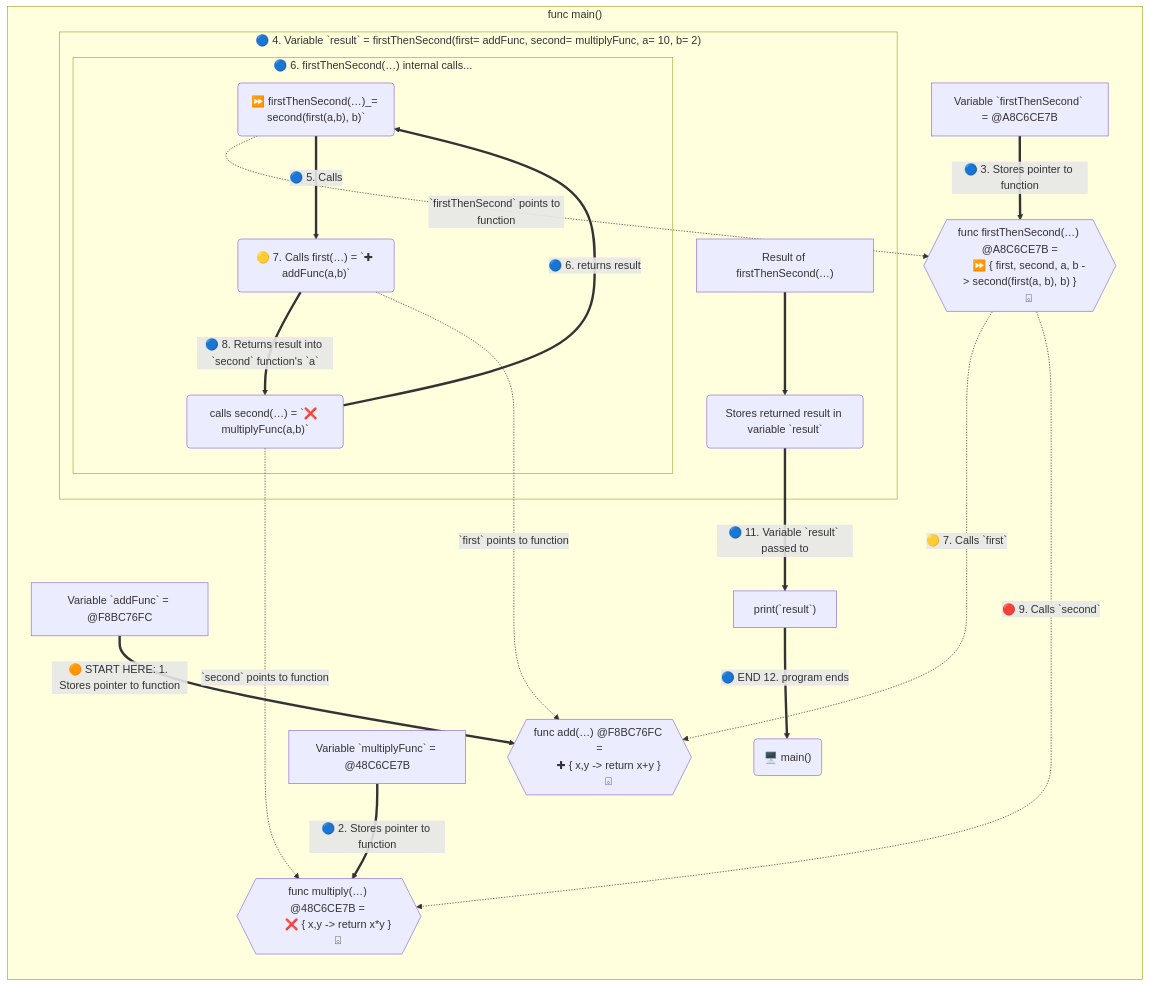
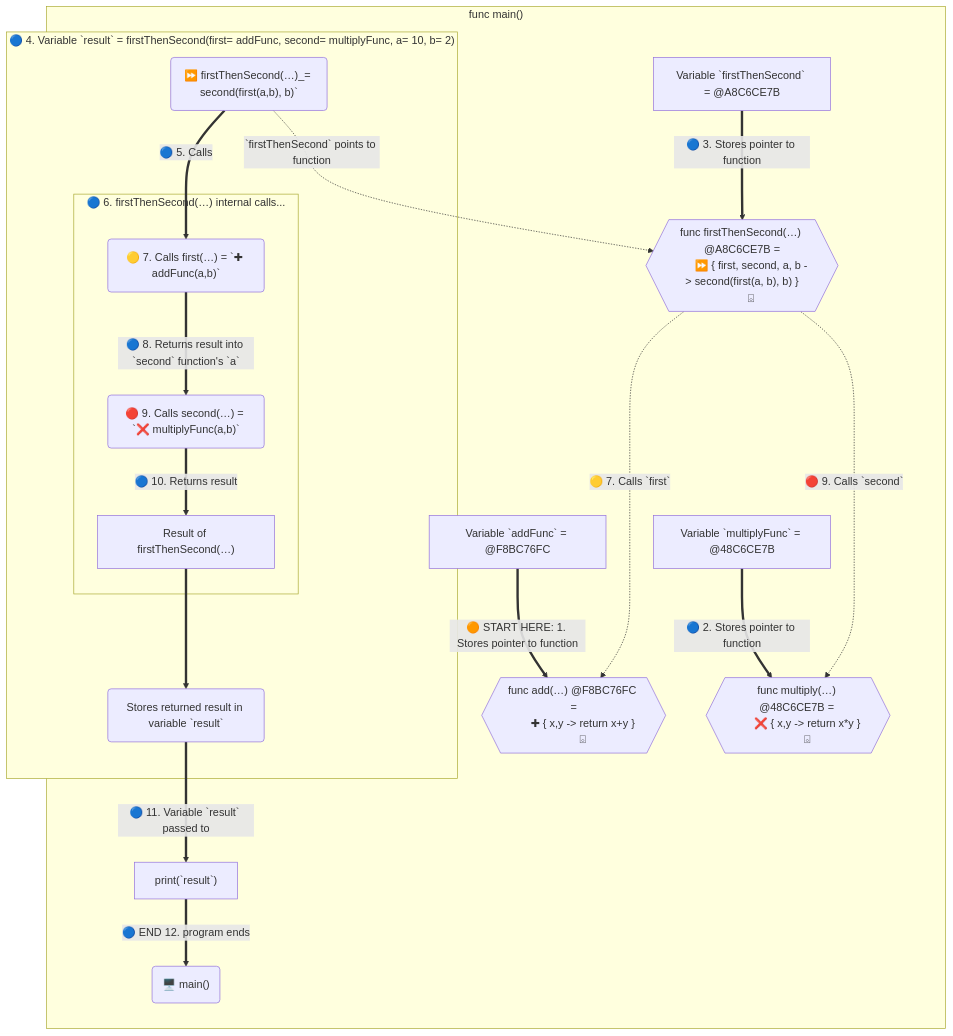
Before and after one commit to realityexpander/How_to_program_from_ground_up: the second of 2 diagrams in 10-FunctionalProgramming.md, drawn with Mermaid.

Commit message:
improve graphs

````diff
--- a/10-FunctionalProgramming.md
+++ b/10-FunctionalProgramming.md
@@ -77,38 +77,42 @@
 ```mermaid
 flowchart BT
  subgraph main["func main()"]
     
    X["Variable `addFunc` = @F8BC76FC"] ==>|🟠 START HERE: 1. Stores pointer to function| addFn{{" 
       func add(…) @F8BC76FC =
       ✚ { x,y -> return x+y }
       ⌺"}}
    Y["Variable `multiplyFunc` = @48C6CE7B"] ==>|🔵 2. Stores pointer to function| multiplyFn{{" 
       func multiply(…) @48C6CE7B = 
       ❌ { x,y -> return x*y }
       ⌺"}}
    Z["Variable `firstThenSecond` = @A8C6CE7B"] ==>|🔵 3. Stores pointer to function| firstThenSecondFunc{{" 
       func firstThenSecond(…) @A8C6CE7B =
       ⏩ { first, second, a, b -> second(first(a, b), b) }
       ⌺"}}
    
    D -.->|`firstThenSecond` points to function| firstThenSecondFunc
    firstThenSecondFunc -...->|🟡 7. Calls `first`| addFn
    firstThenSecondFunc -...->|🔴 9. Calls `second`| multiplyFn
    
    subgraph result["🔵 4. Variable `result` = firstThenSecond(first= addFunc, second= multiplyFunc, a= 10, b= 2)"]
      resultInner["Result of firstThenSecond(…)"] ==> E
      D("⏩ firstThenSecond(…)_= second(first(a,b), b)`") ==>|🔵 5. Calls| first
      subgraph firstThenSecond[" 🔵 6. firstThenSecond(…) internal calls..."]
         first("🟡 7. Calls first(…) = `✚ addFunc(a,b)`")==>|🔵 8. Returns result into `second` function's `a` | second
-        second("calls second(…) = `❌ multiplyFunc(a,b)`") ==>|🔵 6. returns result| D
+        second("🔴 9. Calls second(…) = `❌ multiplyFunc(a,b)`") ==>|🔵 10. Returns result| resultInner
+        
+        %% Show where return to firstThenSecond
+        %% second("calls second(…) = `❌ multiplyFunc(a,b)`") ==>|🔵 6. returns result| D
      end
    end
    E("Stores returned result in variable `result`") ==>|🔵 11. Variable `result` passed to| F
    F["print(`result`)"]==>|🔵 END 12. program ends| G
 
-   first -..->|`first` points to function| addFn
-   second -...->|`second` points to function| multiplyFn
+   %% Show the function pointers for the lambda
+   %%   first -..->|`first` points to function| addFn
+   %%   second -...->|`second` points to function| multiplyFn
  end
  G("🖥️ main()")
  
 ```
````
